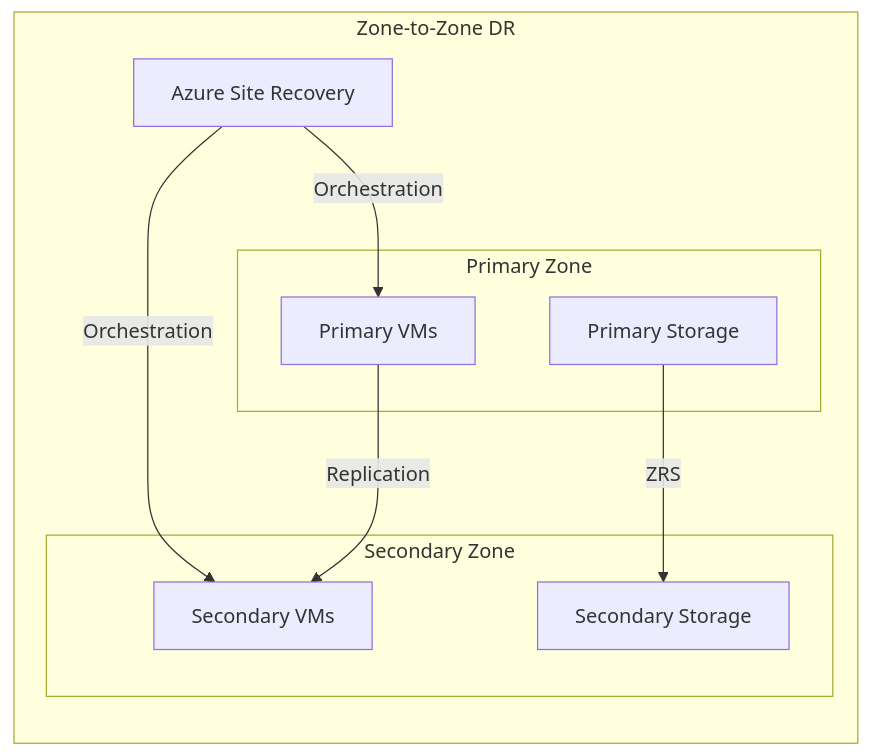
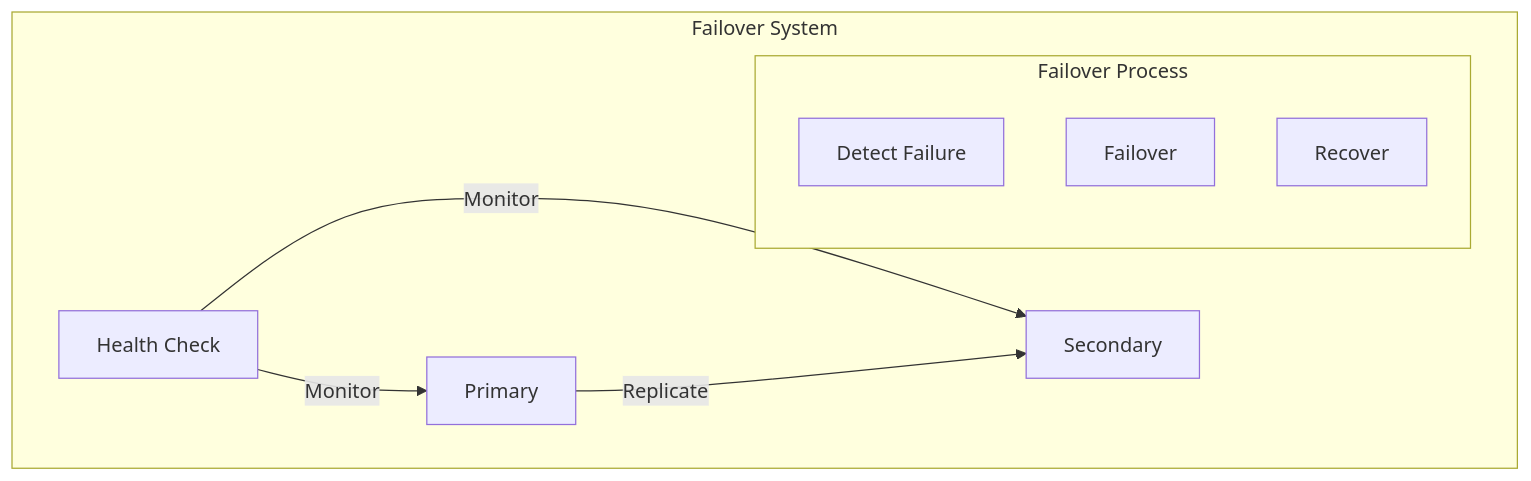
One commit to saravanakumarrc/Architecture_Journey changed the third of 4 diagrams in src/High_Availability_Design.md. Above: the diagram before and after it, drawn with Mermaid. The commit also changed other lines of this file and 3 other files, not shown here.

````diff
--- a/src/High_Availability_Design.md
+++ b/src/High_Availability_Design.md
@@ -464,23 +129,15 @@
 ```mermaid
 graph TB
-    subgraph "Zone-to-Zone DR"
-        direction TB
+    subgraph "Failover System"
+        HC[Health Check] --> |Monitor| P[Primary]
+        HC --> |Monitor| S[Secondary]
         
-        subgraph "Primary Zone"
-            PVM[Primary VMs]
-            PST[Primary Storage]
+        P --> |Replicate| S
+        
+        subgraph "Failover Process"
+            D[Detect Failure]
+            F[Failover]
+            R[Recover]
         end
-        
-        subgraph "Secondary Zone"
-            SVM[Secondary VMs]
-            SST[Secondary Storage]
-        end
-        
-        PVM -->|Replication| SVM
-        PST -->|ZRS| SST
-        
-        ASR[Azure Site Recovery]
-        ASR -->|Orchestration| PVM
-        ASR -->|Orchestration| SVM
     end
 ```
````
